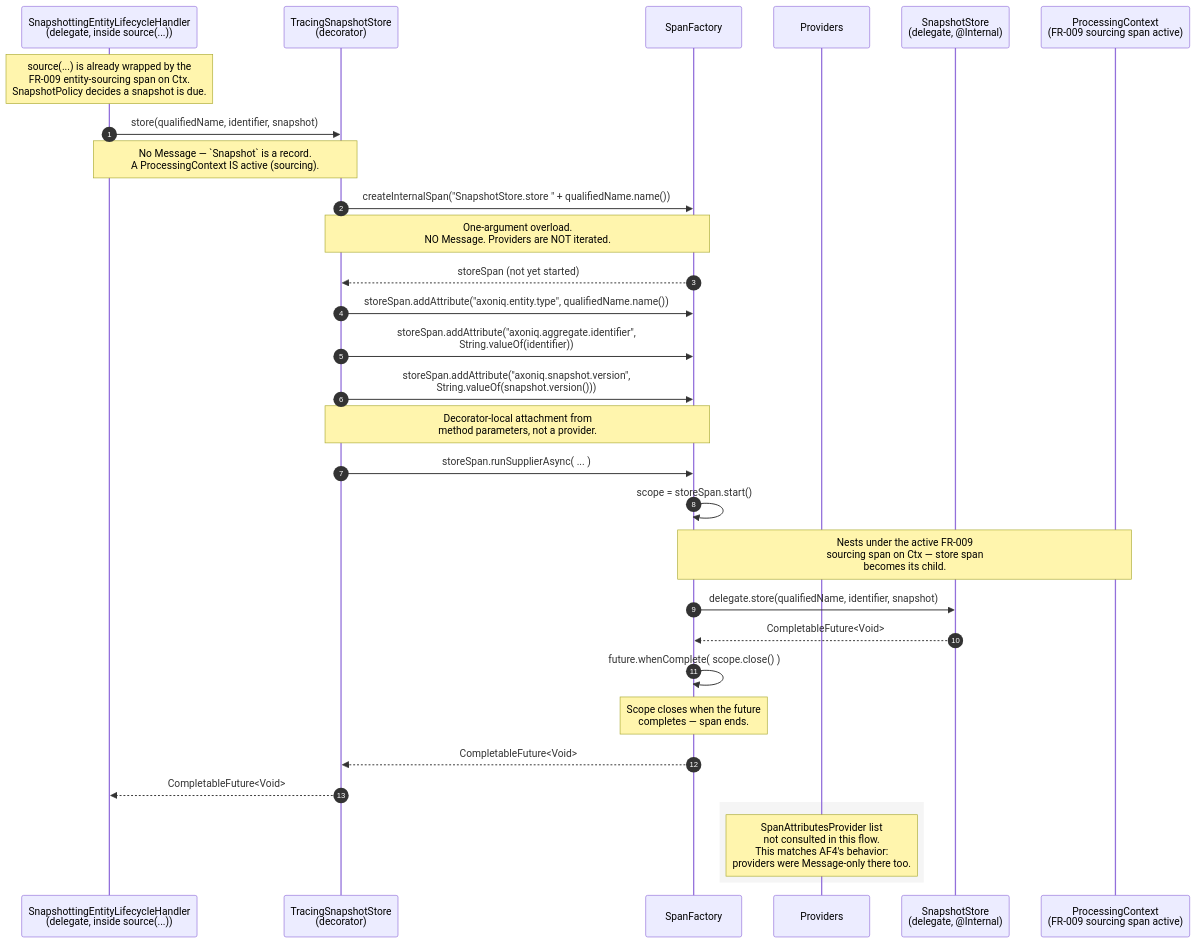
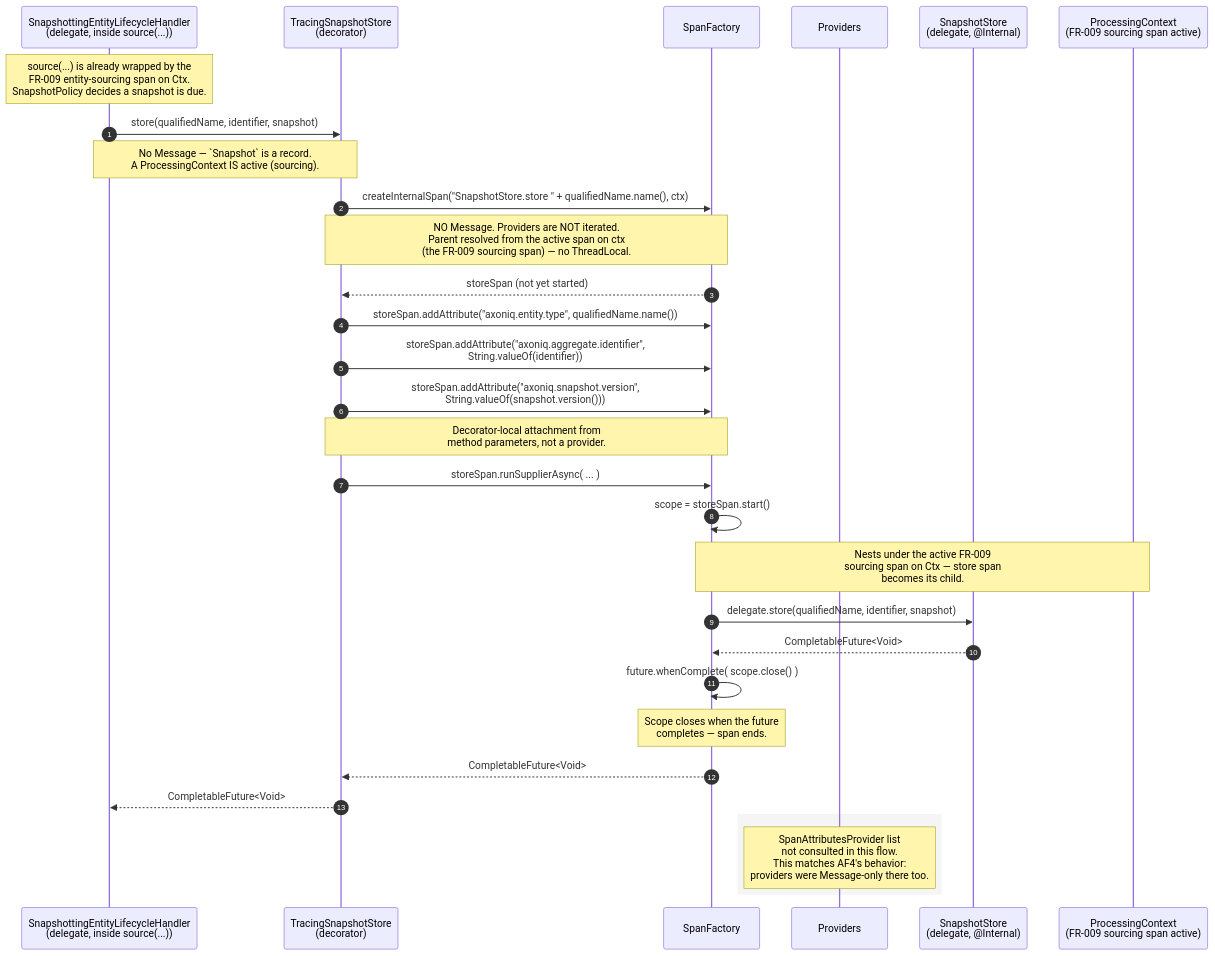
Before and after one commit to AxonIQ/axoniq-framework: the third of 4 diagrams in specs/3594-distributed-tracing/flows.md, drawn with Mermaid. The commit also changed other lines of this file and 4 other files, not shown here.

First line of the commit message:
spec(3594): sweep flows/research/quickstart to the no-ThreadLocal span model

````diff
--- a/specs/3594-distributed-tracing/flows.md
+++ b/specs/3594-distributed-tracing/flows.md
@@ -222,39 +225,39 @@
 ```mermaid
 sequenceDiagram
     autonumber
     participant ELH as SnapshottingEntityLifecycleHandler<br/>(delegate, inside source(...))
     participant TSS as TracingSnapshotStore<br/>(decorator)
     participant SF as SpanFactory
     participant PROV as Providers
     participant Store as SnapshotStore<br/>(delegate, @Internal)
     participant Ctx as ProcessingContext<br/>(FR-009 sourcing span active)
 
     Note over ELH: source(...) is already wrapped by the<br/>FR-009 entity-sourcing span on Ctx.<br/>SnapshotPolicy decides a snapshot is due.
     ELH->>TSS: store(qualifiedName, identifier, snapshot)
     Note over ELH,TSS: No Message — `Snapshot` is a record.<br/>A ProcessingContext IS active (sourcing).
 
-    TSS->>SF: createInternalSpan("SnapshotStore.store " + qualifiedName.name())
-    Note over TSS,SF: One-argument overload.<br/>NO Message. Providers are NOT iterated.
+    TSS->>SF: createInternalSpan("SnapshotStore.store " + qualifiedName.name(), ctx)
+    Note over TSS,SF: NO Message. Providers are NOT iterated.<br/>Parent resolved from the active span on ctx<br/>(the FR-009 sourcing span) — no ThreadLocal.
     SF-->>TSS: storeSpan (not yet started)
 
     TSS->>SF: storeSpan.addAttribute("axoniq.entity.type", qualifiedName.name())
     TSS->>SF: storeSpan.addAttribute("axoniq.aggregate.identifier",<br/>String.valueOf(identifier))
     TSS->>SF: storeSpan.addAttribute("axoniq.snapshot.version",<br/>String.valueOf(snapshot.version()))
     Note over TSS,SF: Decorator-local attachment from<br/>method parameters, not a provider.
 
     TSS->>SF: storeSpan.runSupplierAsync( ... )
     SF->>SF: scope = storeSpan.start()
     Note over SF,Ctx: Nests under the active FR-009<br/>sourcing span on Ctx — store span<br/>becomes its child.
 
     SF->>Store: delegate.store(qualifiedName, identifier, snapshot)
     Store-->>SF: CompletableFuture<Void>
     SF->>SF: future.whenComplete( scope.close() )
     Note over SF: Scope closes when the future<br/>completes — span ends.
 
     SF-->>TSS: CompletableFuture<Void>
     TSS-->>ELH: CompletableFuture<Void>
 
     rect rgb(245, 245, 245)
     Note over PROV: SpanAttributesProvider list<br/>not consulted in this flow.<br/>This matches AF4's behavior:<br/>providers were Message-only there too.
     end
 ```
````
